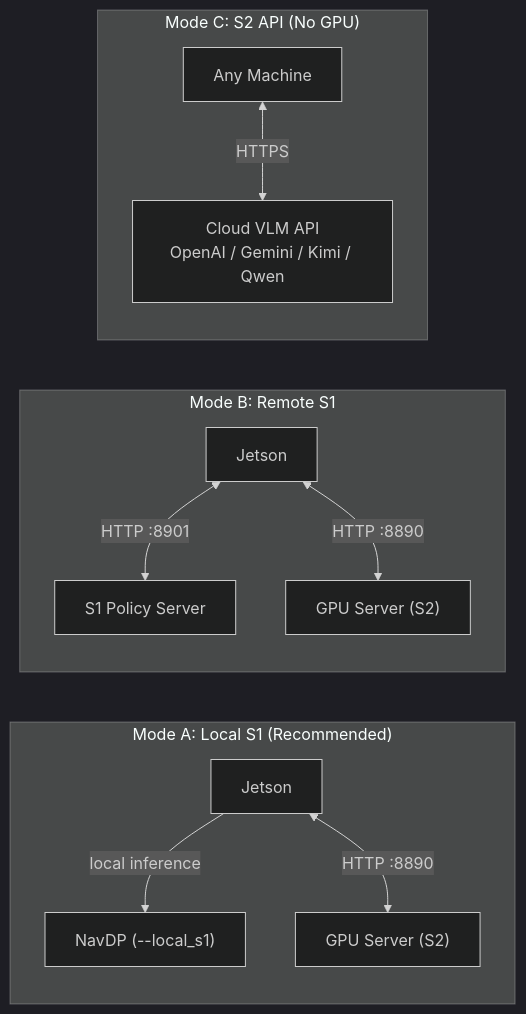
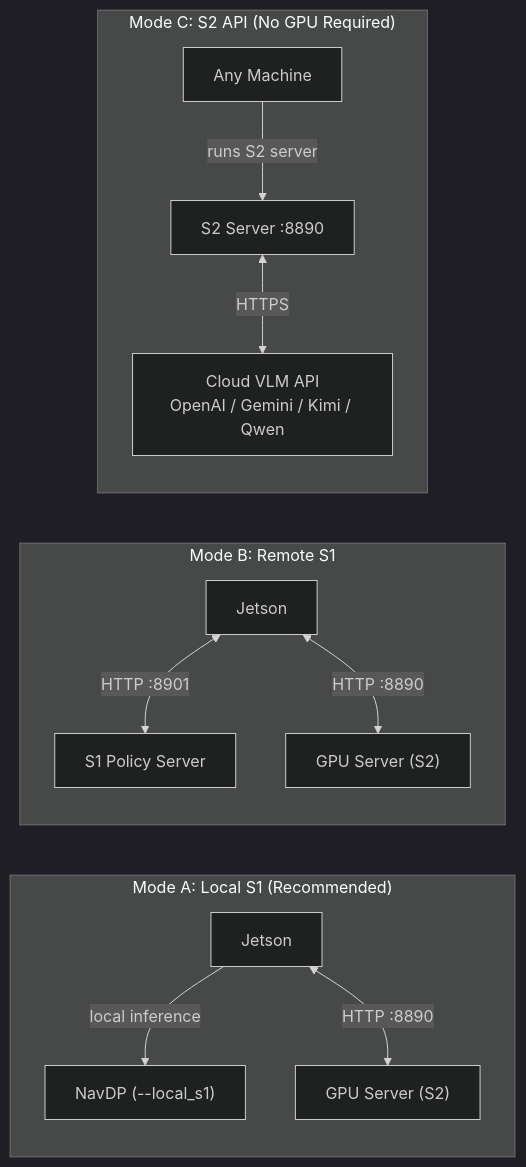
One commit to TingdeLiu/LegoNav changed the third of 3 diagrams in README.md. Above: the diagram before and after it, drawn with Mermaid (dark theme). The commit also changed other lines of this file, not shown here.

````diff
--- a/README.md
+++ b/README.md
@@ -71,16 +87,17 @@
 ```mermaid
 graph LR
     subgraph ModeA["Mode A: Local S1 (Recommended)"]
         J1["Jetson"] -- "local inference" --> N1["NavDP (--local_s1)"]
         J1 <-- "HTTP :8890" --> G1["GPU Server (S2)"]
     end
 
     subgraph ModeB["Mode B: Remote S1"]
         J2["Jetson"] <-- "HTTP :8901" --> N2["S1 Policy Server"]
         J2 <-- "HTTP :8890" --> G2["GPU Server (S2)"]
     end
 
-    subgraph ModeC["Mode C: S2 API (No GPU)"]
-        PC["Any Machine"] <-- "HTTPS" --> API["Cloud VLM API\nOpenAI / Gemini / Kimi / Qwen"]
+    subgraph ModeC["Mode C: S2 API (No GPU Required)"]
+        PC["Any Machine"] -- "runs S2 server" --> SRV["S2 Server :8890"]
+        SRV <-- "HTTPS" --> API["Cloud VLM API\nOpenAI / Gemini / Kimi / Qwen"]
     end
 ```
````
